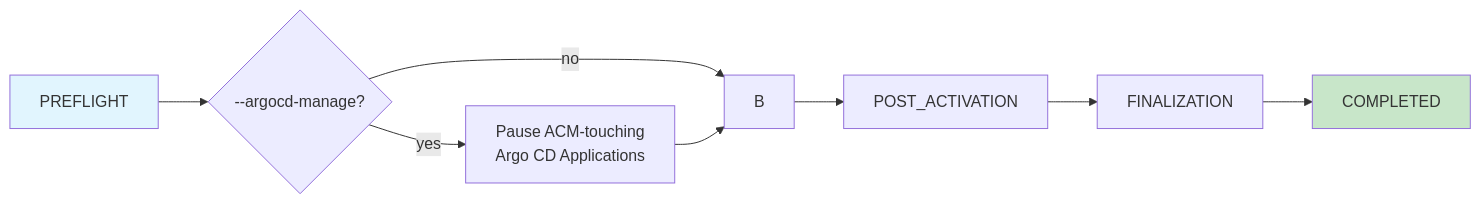
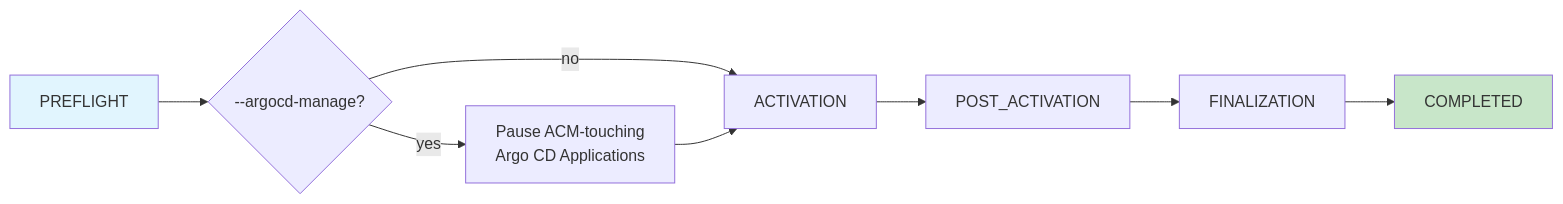
Before and after one commit to tomazb/rh-acm-switchover: the diagram in README.md, drawn with Mermaid. The commit also changed other lines of this file and 2 other files, not shown here.

Commit message:
docs: fix CHANGELOG audit contradictions (Batch 1)
- quickref.md: --min-managed-clusters 0 is no longer 'informational only';
  it is the explicit opt-in to an empty restore target. Updated both option
  tables.
- README.md: restore-only Mermaid diagram now defines an ACTIVATION node
  instead of referencing undefined B.
- CHANGELOG.md [Unreleased]: clarify that restore-only default of >=1 with
  explicit-zero opt-in supersedes the [1.7.10] 'pins to 0' wording.

````diff
--- a/README.md
+++ b/README.md
@@ -327,12 +327,12 @@
 ```mermaid
 flowchart LR
     A[PREFLIGHT] --> P{--argocd-manage?}
     P -->|yes| Q[Pause ACM-touching<br/>Argo CD Applications]
-    P -->|no| B
+    P -->|no| B[ACTIVATION]
     Q --> B
     B --> C[POST_ACTIVATION]
     C --> D[FINALIZATION]
     D --> E[COMPLETED]
     style A fill:#e1f5fe
     style E fill:#c8e6c9
 ```
````
